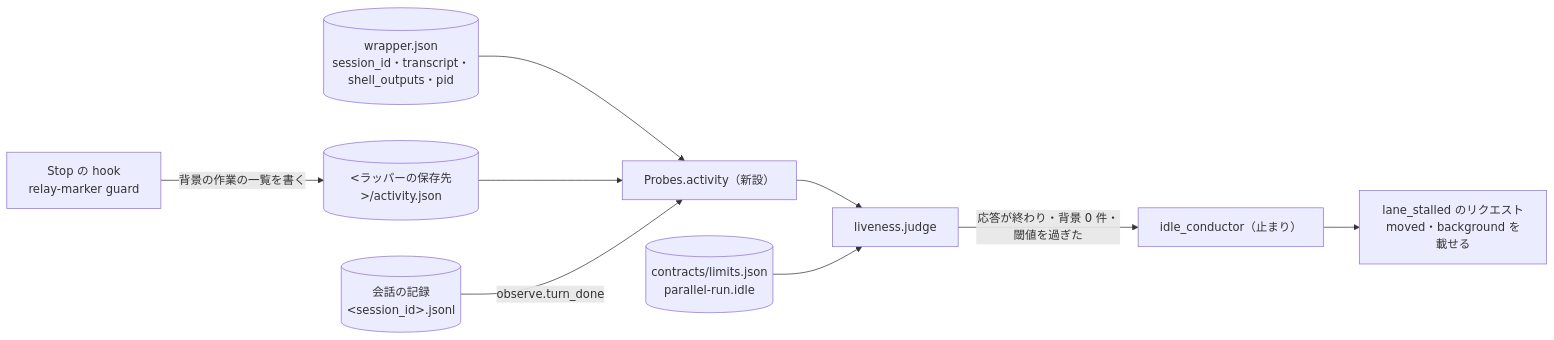
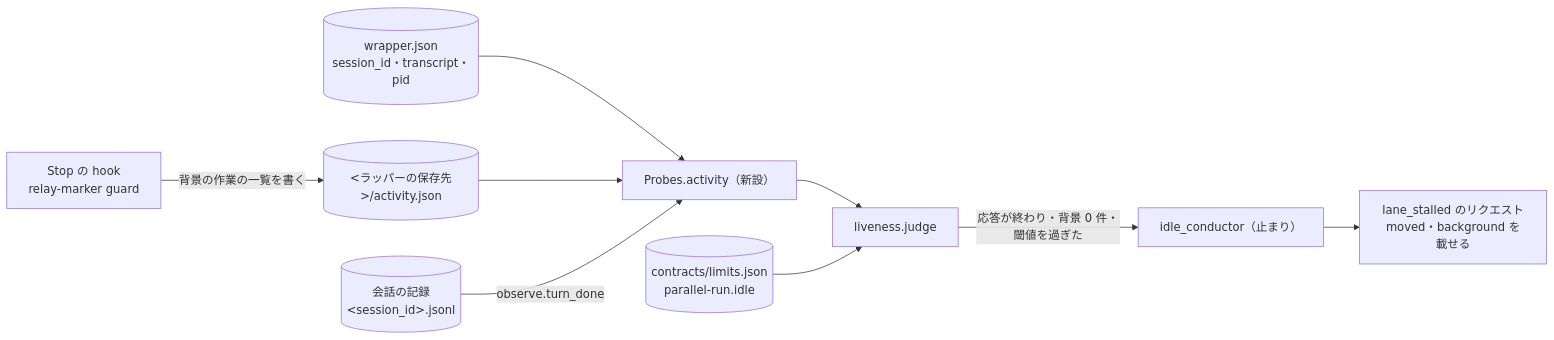
The second of 4 diagrams in issues/issue-4036-design.md (devbasex/ai-plugins), drawn with Mermaid before and after one commit. The commit also changed other lines of this file and 30 other files, not shown here.

````diff
--- a/issues/issue-4036-design.md
+++ b/issues/issue-4036-design.md
@@ -53,11 +53,11 @@
 ```mermaid
 flowchart LR
     SH["Stop の hook<br/>relay-marker guard"] -->|"背景の作業の一覧を書く"| AF[("&lt;ラッパーの保存先&gt;/activity.json")]
-    WJ[("wrapper.json<br/>session_id・transcript・shell_outputs・pid")] --> PR["Probes.activity（新設）"]
+    WJ[("wrapper.json<br/>session_id・transcript・pid")] --> PR["Probes.activity（新設）"]
     AF --> PR
     TR[("会話の記録<br/>&lt;session_id&gt;.jsonl")] -->|"observe.turn_done"| PR
     PR --> J["liveness.judge"]
     L[("contracts/limits.json<br/>parallel-run.idle")] --> J
     J -->|"応答が終わり・背景 0 件・閾値を過ぎた"| S["idle_conductor（止まり）"]
     S --> RQ["lane_stalled のリクエスト<br/>moved・background を載せる"]
 ```
````
